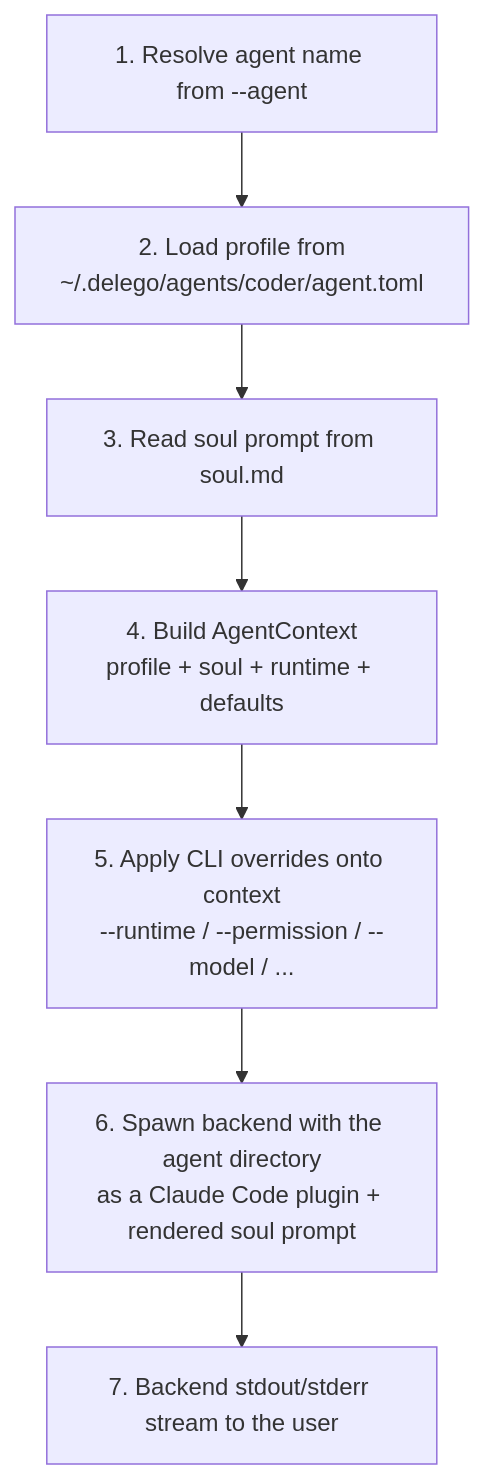
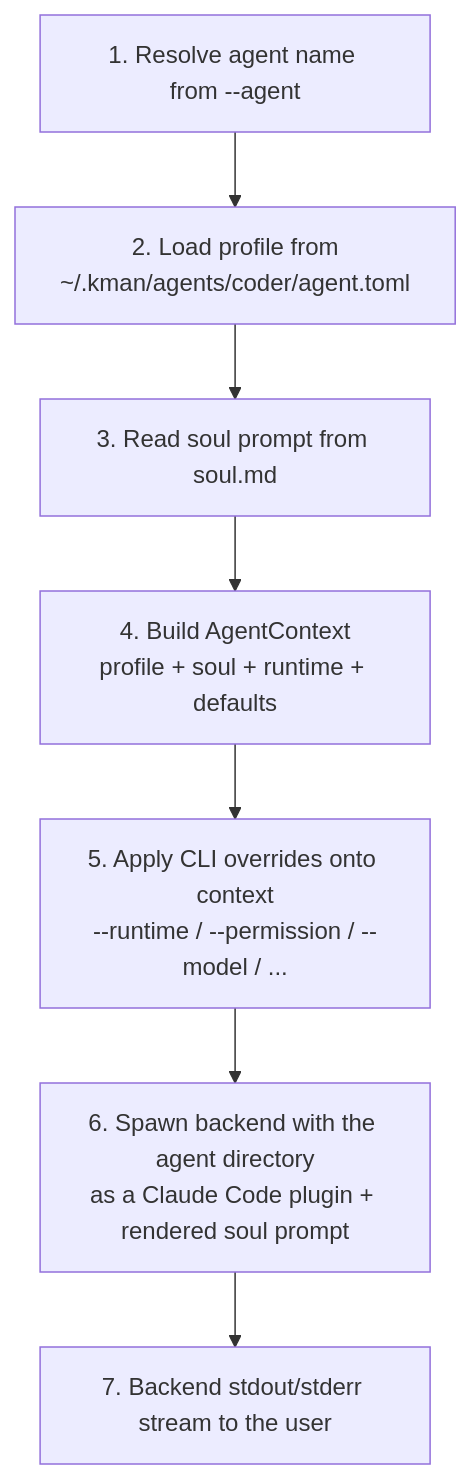
The second of 2 diagrams in docs/DESIGN.md (unliftedq/kman), drawn with Mermaid before and after one commit. The commit also changed other lines of this file and 15 other files, not shown here.

Commit message:
refactor: rename Delego to Kman across the codebase

````diff
--- a/docs/DESIGN.md
+++ b/docs/DESIGN.md
@@ -55,9 +55,9 @@
 ```mermaid
 flowchart TB
-    A[1. Resolve agent name from --agent] --> B[2. Load profile from<br/>~/.delego/agents/coder/agent.toml]
+    A[1. Resolve agent name from --agent] --> B[2. Load profile from<br/>~/.kman/agents/coder/agent.toml]
     B --> C[3. Read soul prompt from soul.md]
     C --> D[4. Build AgentContext<br/>profile + soul + runtime + defaults]
     D --> E[5. Apply CLI overrides onto context<br/>--runtime / --permission / --model / ...]
     E --> F[6. Spawn backend with the agent directory<br/>as a Claude Code plugin + rendered soul prompt]
     F --> G[7. Backend stdout/stderr stream to the user]
 ```
````
